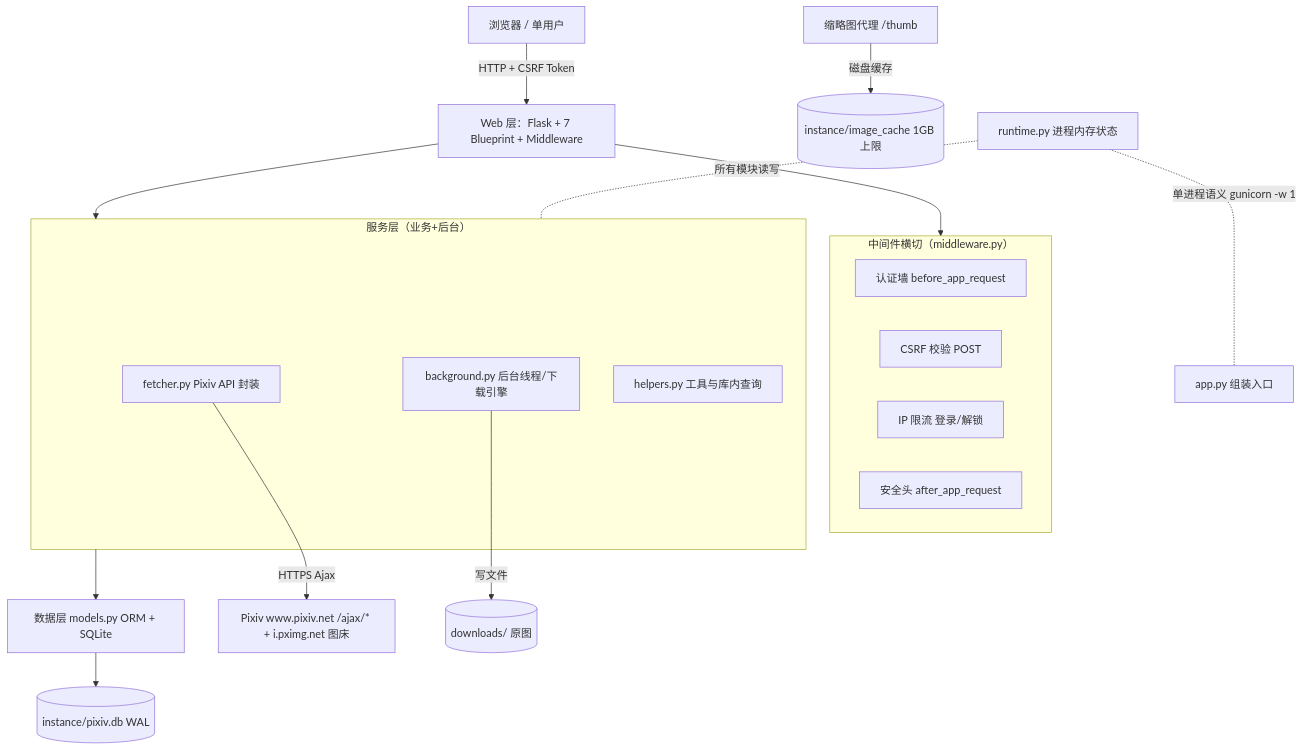
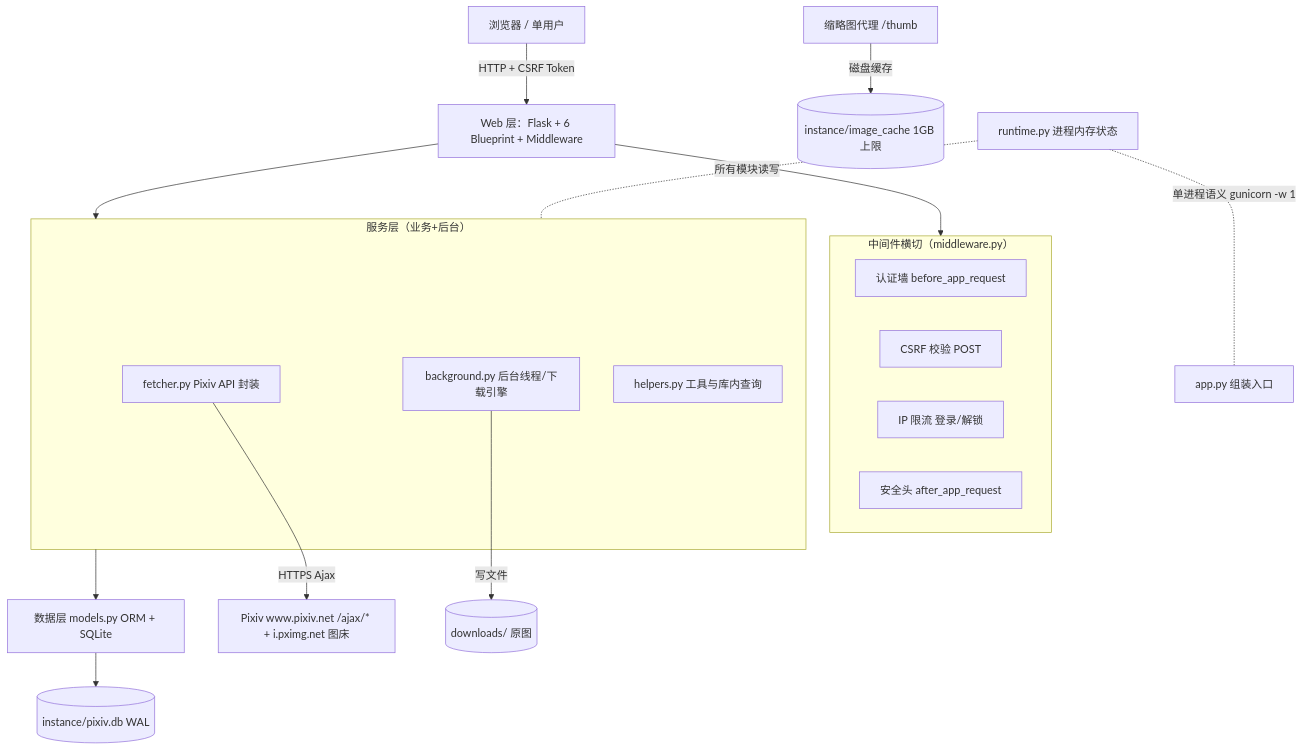
The first of 10 diagrams in docs/technical-documentation.md (feng-y-u/PpPpP), drawn with Mermaid before and after one commit. The commit also changed other lines of this file and 4 other files, not shown here.

````diff
--- a/docs/technical-documentation.md
+++ b/docs/technical-documentation.md
@@ -80,24 +79,24 @@
 ```mermaid
 graph TD
-    U[浏览器 / 单用户] -->|HTTP + CSRF Token| W[Web 层：Flask + 7 Blueprint + Middleware]
+    U[浏览器 / 单用户] -->|HTTP + CSRF Token| W[Web 层：Flask + 6 Blueprint + Middleware]
     subgraph MW["中间件横切（middleware.py）"]
         AUTH[认证墙 before_app_request]
         CSRF[CSRF 校验 POST]
         RL[IP 限流 登录/解锁]
         SH[安全头 after_app_request]
     end
     W --> MW
     W --> SVC[服务层]
     subgraph SVC["服务层（业务+后台）"]
         FX[fetcher.py Pixiv API 封装]
         BG[background.py 后台线程/下载引擎]
         HP[helpers.py 工具与库内查询]
     end
     SVC --> DL[数据层 models.py ORM + SQLite]
     DL --> DB[(instance/pixiv.db WAL)]
     FX -->|HTTPS Ajax| PX[Pixiv www.pixiv.net /ajax/* + i.pximg.net 图床]
     BG -->|写文件| DOWN[(downloads/ 原图)]
     RG[缩略图代理 /thumb] -->|磁盘缓存| IC[(instance/image_cache 1GB 上限)]
     RT[runtime.py 进程内存状态] -.所有模块读写.- SVC
     RT -.单进程语义 gunicorn -w 1.- APP[app.py 组装入口]
 ```
````
